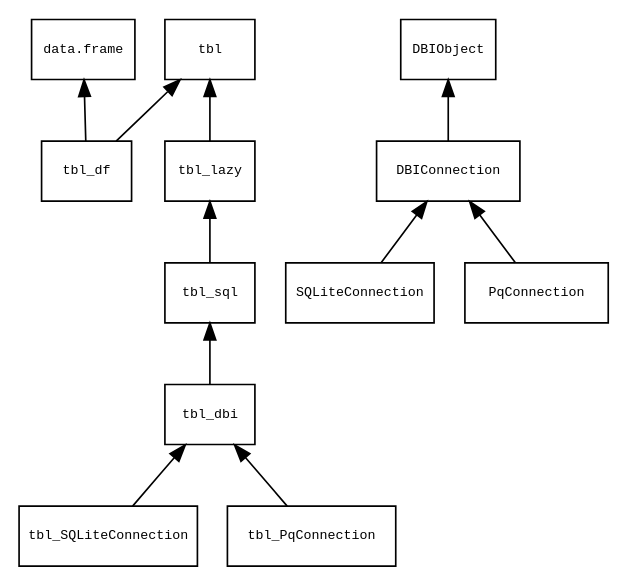
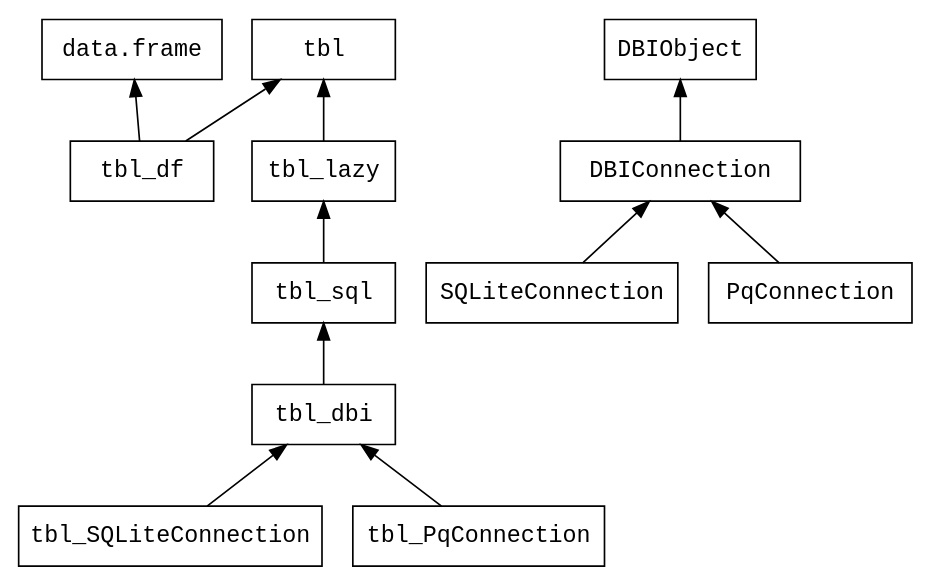
The diagram in vignettes/ramses-objects/tbl-class-diagram.gv (ramses-antibiotics/ramses-package), drawn with Graphviz before and after one commit. The commit also changed 12 other files, not shown here.

```diff
--- a/vignettes/ramses-objects/tbl-class-diagram.gv
+++ b/vignettes/ramses-objects/tbl-class-diagram.gv
@@ -1,52 +1,52 @@
 digraph G {
-  fontsize = 8
+  fontsize = 10
 
   node [
           fontname = "monospace"
-          fontsize = 8
           shape = "record"
+          width = 1.2
 
   ]
 
   edge [
           fontname = "sans-serif"
-          fontsize = 8
   ]
 
 dataframe [
   label="data.frame"
+  width = 1.5
 ]
 
 tbl_SQLiteConnection [
-  width=1.4
+  width=2.5
 ]
 
 tbl_PqConnection [
-  width=1.4
+  width=2.1
 ]
 
 DBIConnection [
-  width=1.2
+  width=2
 ]
 
 SQLiteConnection [
-  width=1.2
+  width=2.1
 ]
 
 PqConnection [
-  width=1.2
+  width=1.7
 ]
 
 tbl -> tbl_lazy [dir=back]
 tbl_lazy -> tbl_sql [dir=back]
 tbl_sql -> tbl_dbi [dir=back]
 tbl_dbi -> tbl_SQLiteConnection [dir=back]
 tbl_dbi -> tbl_PqConnection [dir=back]
 tbl -> tbl_df [dir=back]
 dataframe -> tbl_df [dir=back]
 
 DBIObject -> DBIConnection [dir=back]
 DBIConnection -> SQLiteConnection [dir=back]
 DBIConnection -> PqConnection [dir=back]
 
 }
```
